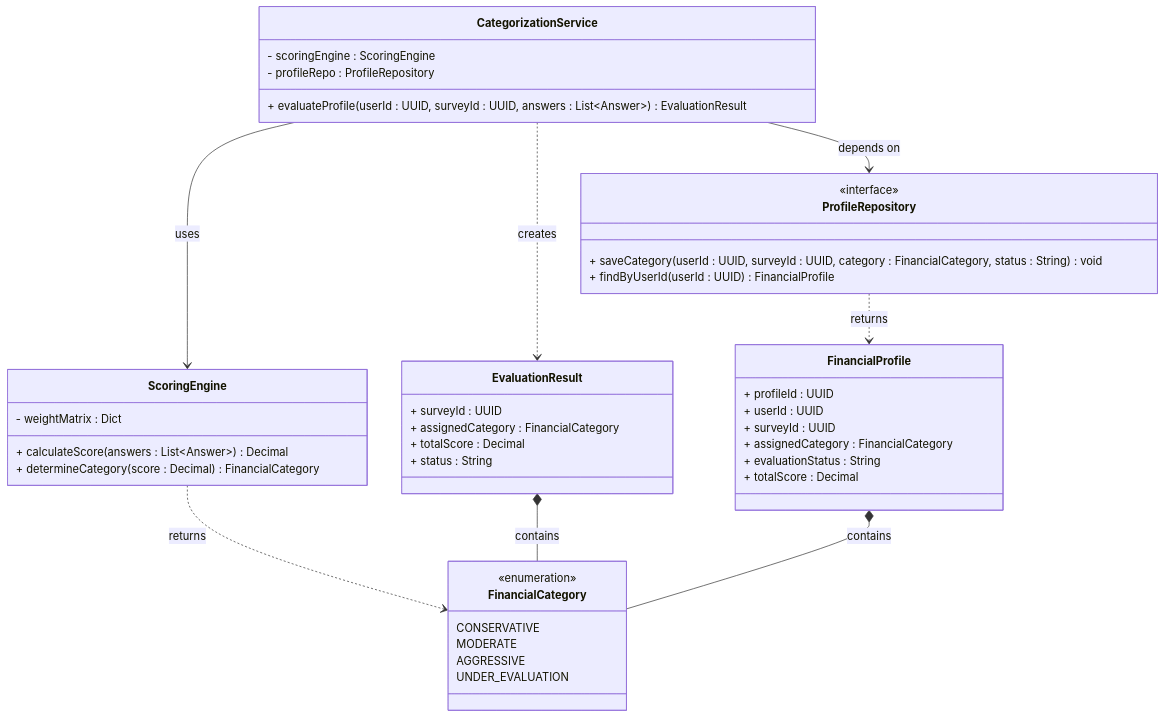
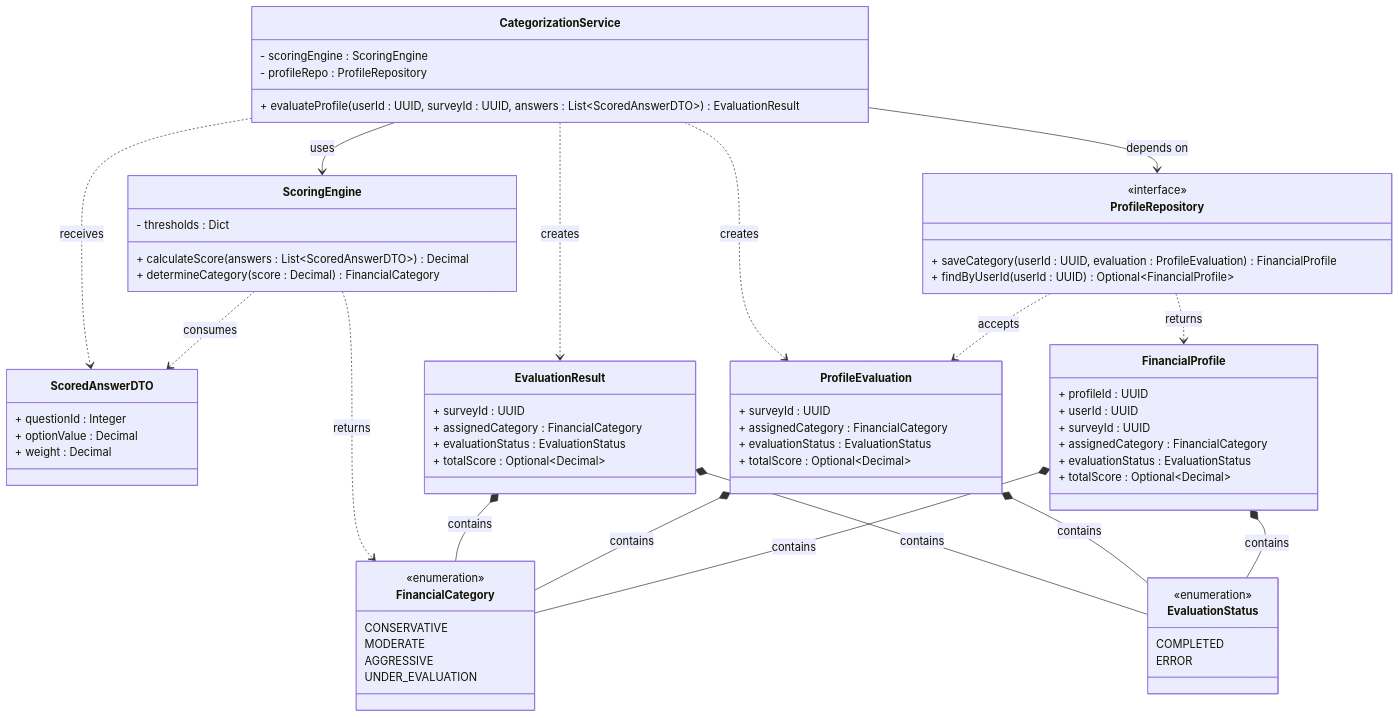
One commit to juacortesva/Grupo-5-Finanzas-Ingesoft_I_UN_2026-II changed the second of 3 diagrams in docs/design/01_Architectural_and_Detailed_Design.md. Above: the diagram before and after it, drawn with Mermaid. The commit also changed other lines of this file and 10 other files, not shown here.

````diff
--- a/docs/design/01_Architectural_and_Detailed_Design.md
+++ b/docs/design/01_Architectural_and_Detailed_Design.md
@@ -104,52 +104,79 @@
 ```mermaid
 classDiagram
     class CategorizationService {
         - scoringEngine : ScoringEngine
         - profileRepo : ProfileRepository
-        + evaluateProfile(userId : UUID, surveyId : UUID, answers : List~Answer~) EvaluationResult
+        + evaluateProfile(userId : UUID, surveyId : UUID, answers : List~ScoredAnswerDTO~) EvaluationResult
     }
   
     class ScoringEngine {
-        - weightMatrix : Dict
-        + calculateScore(answers : List~Answer~) Decimal
+        - thresholds : Dict
+        + calculateScore(answers : List~ScoredAnswerDTO~) Decimal
         + determineCategory(score : Decimal) FinancialCategory
+    }
+
+    class ScoredAnswerDTO {
+        + questionId : Integer
+        + optionValue : Decimal
+        + weight : Decimal
+    }
+
+    class ProfileEvaluation {
+        + surveyId : UUID
+        + assignedCategory : FinancialCategory
+        + evaluationStatus : EvaluationStatus
+        + totalScore : Optional~Decimal~
     }
   
     class EvaluationResult {
         + surveyId : UUID
         + assignedCategory : FinancialCategory
-        + totalScore : Decimal
-        + status : String
+        + evaluationStatus : EvaluationStatus
+        + totalScore : Optional~Decimal~
     }
 
     class FinancialProfile {
         + profileId : UUID
         + userId : UUID
         + surveyId : UUID
         + assignedCategory : FinancialCategory
-        + evaluationStatus : String
-        + totalScore : Decimal
+        + evaluationStatus : EvaluationStatus
+        + totalScore : Optional~Decimal~
     }
   
     class FinancialCategory {
         <<enumeration>>
         CONSERVATIVE
         MODERATE
         AGGRESSIVE
         UNDER_EVALUATION
     }
+
+    class EvaluationStatus {
+        <<enumeration>>
+        COMPLETED
+        ERROR
+    }
   
     class ProfileRepository {
         <<interface>>
-        + saveCategory(userId : UUID, surveyId : UUID, category : FinancialCategory, status : String) void
-        + findByUserId(userId : UUID) FinancialProfile
+        + saveCategory(userId : UUID, evaluation : ProfileEvaluation) FinancialProfile
+        + findByUserId(userId : UUID) Optional~FinancialProfile~
     }
 
     CategorizationService --> ScoringEngine : uses
+    CategorizationService ..> ScoredAnswerDTO : receives
+    CategorizationService ..> ProfileEvaluation : creates
     CategorizationService ..> EvaluationResult : creates
     CategorizationService --> ProfileRepository : depends on
+    ScoringEngine ..> ScoredAnswerDTO : consumes
     ScoringEngine ..> FinancialCategory : returns
     EvaluationResult *-- FinancialCategory : contains
+    EvaluationResult *-- EvaluationStatus : contains
+    ProfileEvaluation *-- FinancialCategory : contains
+    ProfileEvaluation *-- EvaluationStatus : contains
     FinancialProfile *-- FinancialCategory : contains
+    FinancialProfile *-- EvaluationStatus : contains
+    ProfileRepository ..> ProfileEvaluation : accepts
     ProfileRepository ..> FinancialProfile : returns
 ```
````
